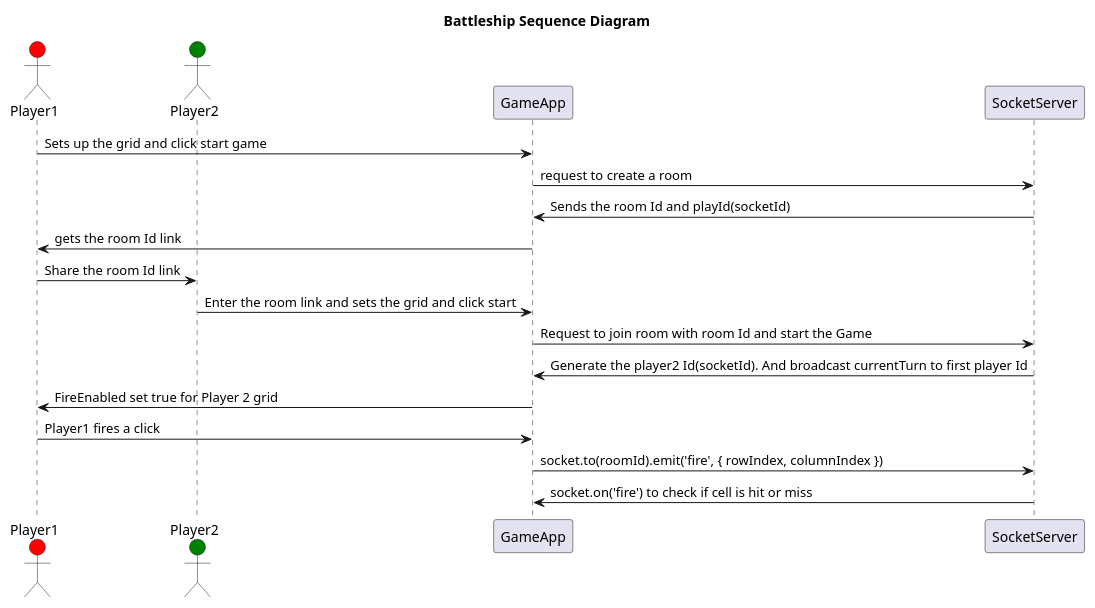
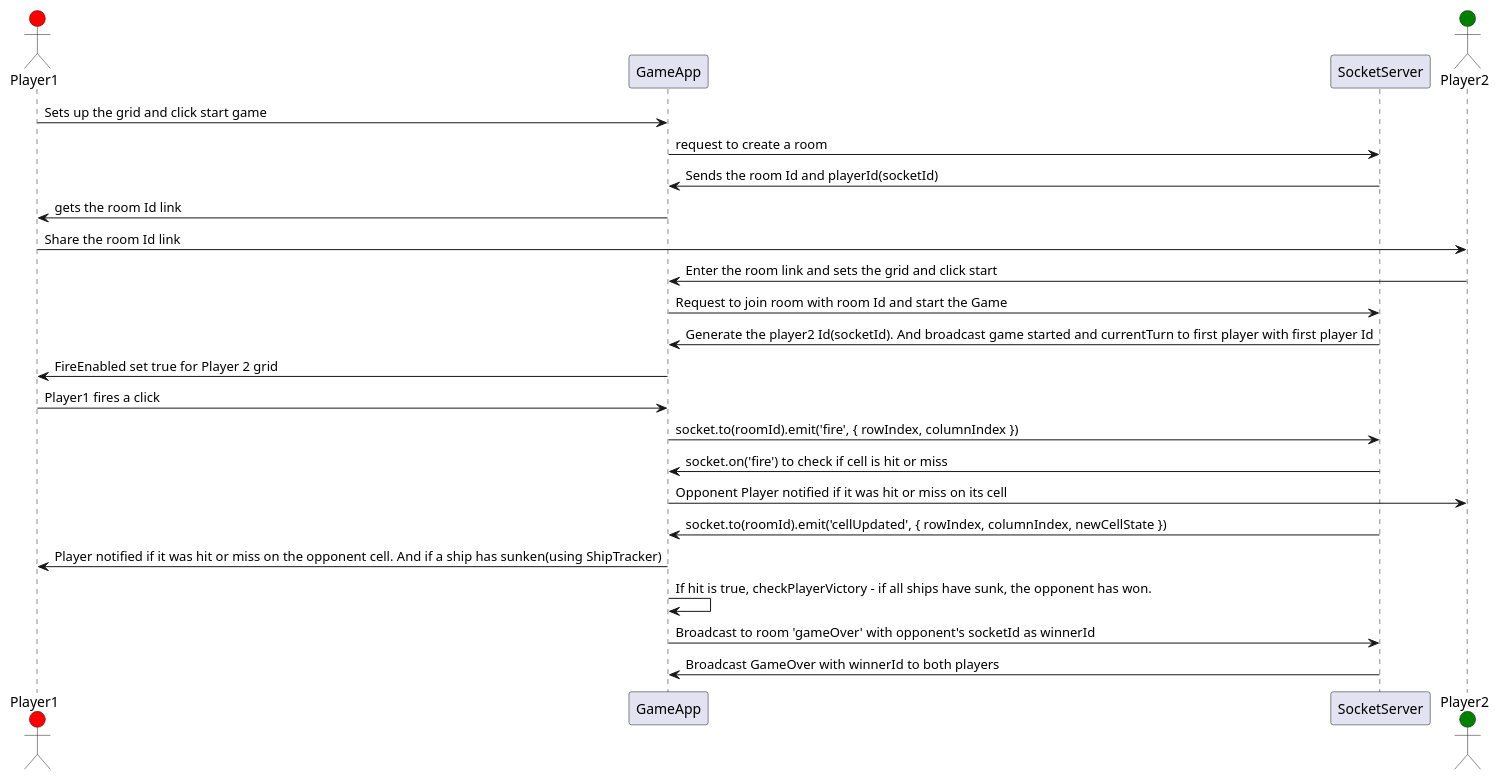
The diagram in diagrams/online-mode.plantuml (inaithani/battleship), drawn with PlantUML before and after one commit. The commit also changed 1 other file, not shown here.

Commit message:
Socket Server - 2 Player online mode UML

```diff
--- a/diagrams/online-mode.plantuml
+++ b/diagrams/online-mode.plantuml
@@ -1,24 +1,29 @@
 @startuml
-title Battleship Sequence Diagram
 actor Player1 #red
-actor Player2 #green
 
 participant GameApp
 participant SocketServer
 
+actor Player2 #green
 
 
 
 Player1->GameApp: Sets up the grid and click start game
 GameApp->SocketServer: request to create a room
-SocketServer->GameApp: Sends the room Id and playId(socketId)
+SocketServer->GameApp: Sends the room Id and playerId(socketId)
 GameApp-> Player1: gets the room Id link
 Player1 -> Player2 : Share the room Id link
 Player2 -> GameApp : Enter the room link and sets the grid and click start
 GameApp->SocketServer: Request to join room with room Id and start the Game
-SocketServer -> GameApp : Generate the player2 Id(socketId). And broadcast currentTurn to first player Id
+SocketServer -> GameApp : Generate the player2 Id(socketId). And broadcast game started and currentTurn to first player with first player Id
 GameApp -> Player1 : FireEnabled set true for Player 2 grid
 Player1 -> GameApp : Player1 fires a click
 GameApp -> SocketServer: socket.to(roomId).emit('fire', { rowIndex, columnIndex })
 SocketServer -> GameApp: socket.on('fire') to check if cell is hit or miss
+GameApp -> Player2: Opponent Player notified if it was hit or miss on its cell
+SocketServer -> GameApp: socket.to(roomId).emit('cellUpdated', { rowIndex, columnIndex, newCellState })
+GameApp -> Player1: Player notified if it was hit or miss on the opponent cell. And if a ship has sunken(using ShipTracker)
+GameApp -> GameApp:  If hit is true, checkPlayerVictory - if all ships have sunk, the opponent has won.
+GameApp -> SocketServer: Broadcast to room 'gameOver' with opponent's socketId as winnerId
+SocketServer->GameApp:Broadcast GameOver with winnerId to both players
 @enduml
```
